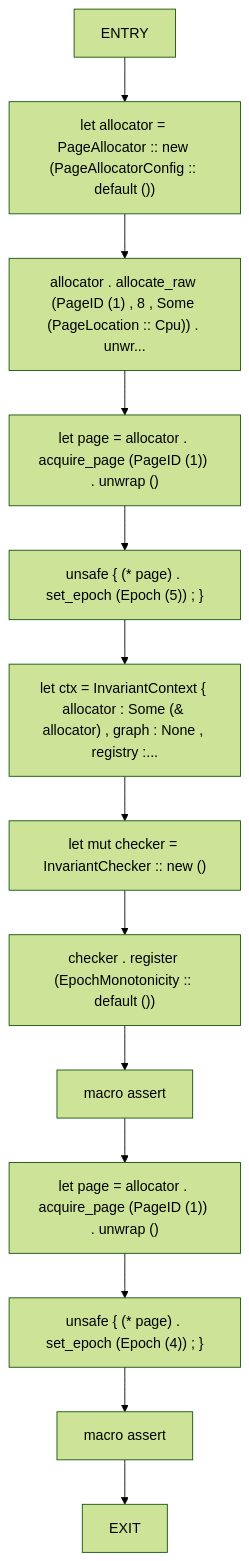
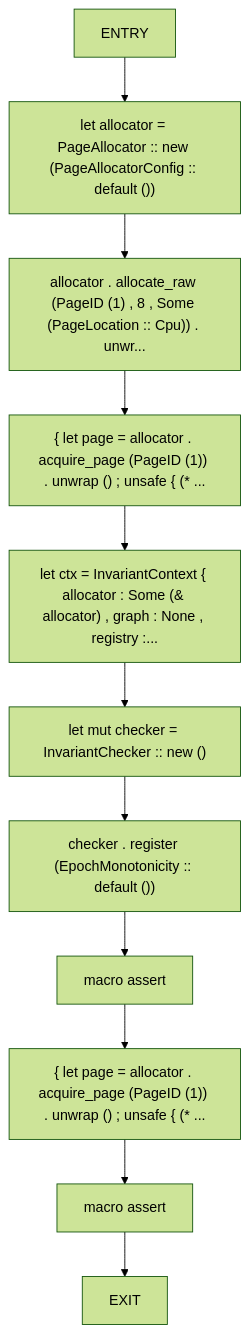
Before and after one commit to cicero-violate/MMSB: the sixth of 18 diagrams in docs/analysis/cfg/060-src-06_utility.md, drawn with Mermaid (forest theme). The commit also changed other lines of this file and 865 other files, not shown here.

````diff
--- a/docs/analysis/cfg/060-src-06_utility.md
+++ b/docs/analysis/cfg/060-src-06_utility.md
@@ -114,28 +104,24 @@
 ```mermaid
 flowchart TD
     epoch_invariant_detects_regressions_0["ENTRY"]
     epoch_invariant_detects_regressions_1["let allocator = PageAllocator :: new (PageAllocatorConfig :: default ())"]
     epoch_invariant_detects_regressions_2["allocator . allocate_raw (PageID (1) , 8 , Some (PageLocation :: Cpu)) . unwr..."]
-    epoch_invariant_detects_regressions_3["let page = allocator . acquire_page (PageID (1)) . unwrap ()"]
-    epoch_invariant_detects_regressions_4["unsafe { (* page) . set_epoch (Epoch (5)) ; }"]
-    epoch_invariant_detects_regressions_5["let ctx = InvariantContext { allocator : Some (& allocator) , graph : None , registry :..."]
-    epoch_invariant_detects_regressions_6["let mut checker = InvariantChecker :: new ()"]
-    epoch_invariant_detects_regressions_7["checker . register (EpochMonotonicity :: default ())"]
-    epoch_invariant_detects_regressions_8["macro assert"]
-    epoch_invariant_detects_regressions_9["let page = allocator . acquire_page (PageID (1)) . unwrap ()"]
-    epoch_invariant_detects_regressions_10["unsafe { (* page) . set_epoch (Epoch (4)) ; }"]
-    epoch_invariant_detects_regressions_11["macro assert"]
-    epoch_invariant_detects_regressions_12["EXIT"]
+    epoch_invariant_detects_regressions_3["{ let page = allocator . acquire_page (PageID (1)) . unwrap () ; unsafe { (* ..."]
+    epoch_invariant_detects_regressions_4["let ctx = InvariantContext { allocator : Some (& allocator) , graph : None , registry :..."]
+    epoch_invariant_detects_regressions_5["let mut checker = InvariantChecker :: new ()"]
+    epoch_invariant_detects_regressions_6["checker . register (EpochMonotonicity :: default ())"]
+    epoch_invariant_detects_regressions_7["macro assert"]
+    epoch_invariant_detects_regressions_8["{ let page = allocator . acquire_page (PageID (1)) . unwrap () ; unsafe { (* ..."]
+    epoch_invariant_detects_regressions_9["macro assert"]
+    epoch_invariant_detects_regressions_10["EXIT"]
     epoch_invariant_detects_regressions_0 --> epoch_invariant_detects_regressions_1
     epoch_invariant_detects_regressions_1 --> epoch_invariant_detects_regressions_2
     epoch_invariant_detects_regressions_2 --> epoch_invariant_detects_regressions_3
     epoch_invariant_detects_regressions_3 --> epoch_invariant_detects_regressions_4
     epoch_invariant_detects_regressions_4 --> epoch_invariant_detects_regressions_5
     epoch_invariant_detects_regressions_5 --> epoch_invariant_detects_regressions_6
     epoch_invariant_detects_regressions_6 --> epoch_invariant_detects_regressions_7
     epoch_invariant_detects_regressions_7 --> epoch_invariant_detects_regressions_8
     epoch_invariant_detects_regressions_8 --> epoch_invariant_detects_regressions_9
     epoch_invariant_detects_regressions_9 --> epoch_invariant_detects_regressions_10
-    epoch_invariant_detects_regressions_10 --> epoch_invariant_detects_regressions_11
-    epoch_invariant_detects_regressions_11 --> epoch_invariant_detects_regressions_12
 ```
````
